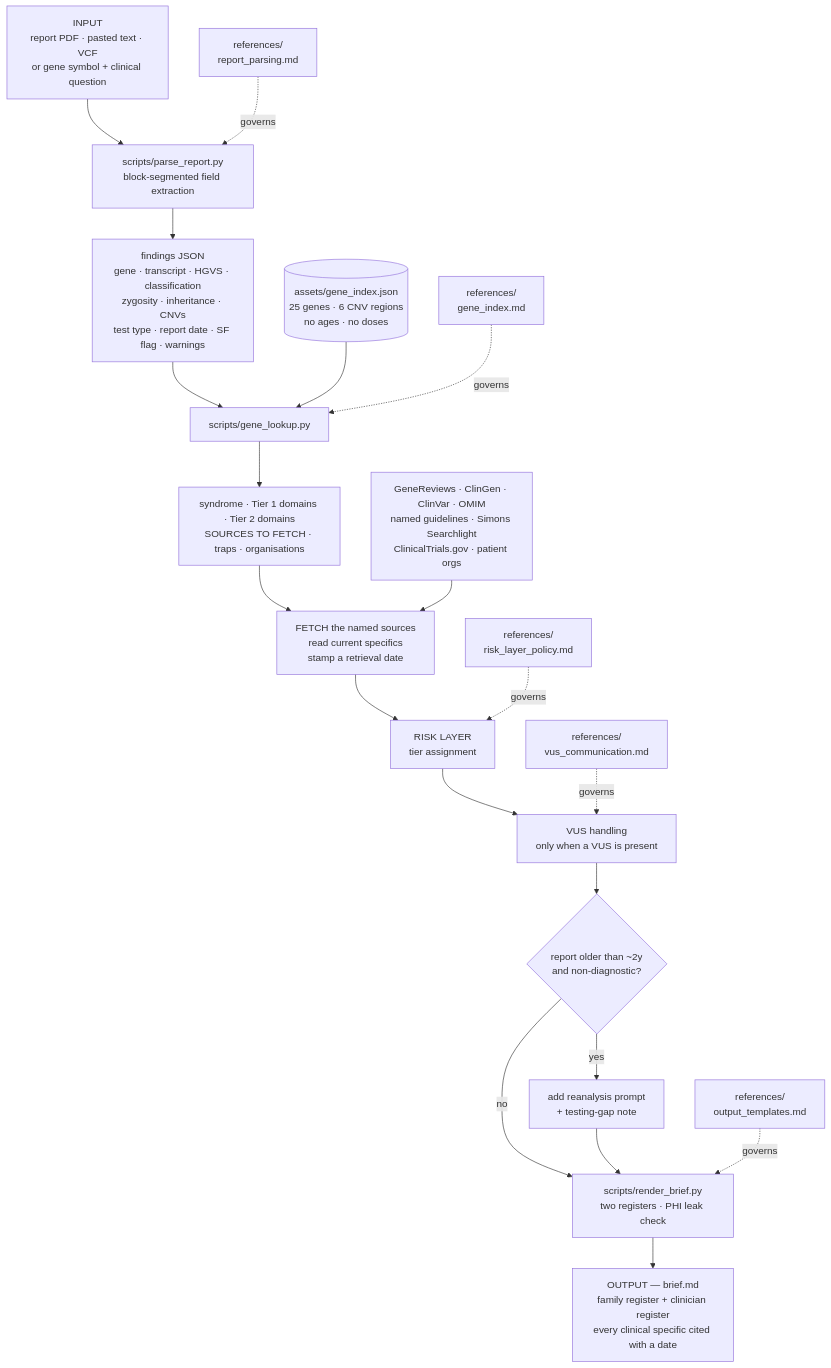
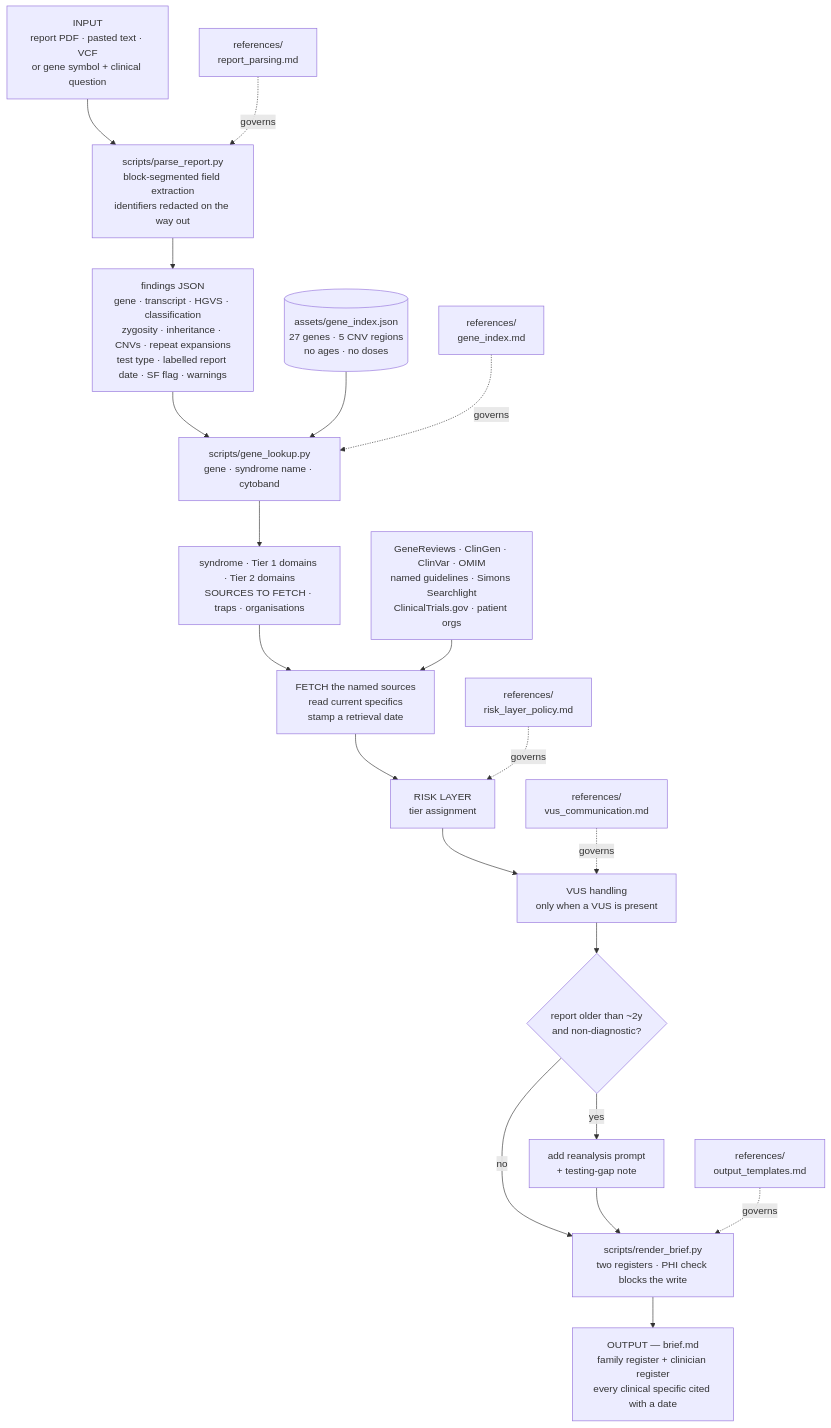
One commit to Domikohlh/autism_gtc_agent_skill changed the diagram in README.md. Above: the diagram before and after it, drawn with Mermaid. The commit also changed other lines of this file and 7 other files, not shown here.

Commit message:
Fixed: DOB removal, Classification of pathogenicity. PHI redaction. Repeat expansions for gene, motif, allele sizes, category and methylation instead of no variants detected, and VCF entry. Edited the README.md and SKILL.md also.

````diff
--- a/README.md
+++ b/README.md
@@ -60,30 +59,30 @@
 ```mermaid
 flowchart TD
   IN["INPUT<br/>report PDF · pasted text · VCF<br/>or gene symbol + clinical question"]
   IN --> P1
-  P1["scripts/parse_report.py<br/>block-segmented field extraction"]
+  P1["scripts/parse_report.py<br/>block-segmented field extraction<br/>identifiers redacted on the way out"]
   R1["references/<br/>report_parsing.md"] -. governs .-> P1
-  P1 --> J1["findings JSON<br/>gene · transcript · HGVS · classification<br/>zygosity · inheritance · CNVs<br/>test type · report date · SF flag · warnings"]
+  P1 --> J1["findings JSON<br/>gene · transcript · HGVS · classification<br/>zygosity · inheritance · CNVs · repeat expansions<br/>test type · labelled report date · SF flag · warnings"]
   J1 --> P2
-  P2["scripts/gene_lookup.py"]
-  D1[("assets/gene_index.json<br/>25 genes · 6 CNV regions<br/>no ages · no doses")] --> P2
+  P2["scripts/gene_lookup.py<br/>gene · syndrome name · cytoband"]
+  D1[("assets/gene_index.json<br/>27 genes · 5 CNV regions<br/>no ages · no doses")] --> P2
   R2["references/<br/>gene_index.md"] -. governs .-> P2
   P2 --> J2["syndrome · Tier 1 domains · Tier 2 domains<br/>SOURCES TO FETCH · traps · organisations"]
   J2 --> FETCH
   FETCH["FETCH the named sources<br/>read current specifics<br/>stamp a retrieval date"]
   EXT["GeneReviews · ClinGen · ClinVar · OMIM<br/>named guidelines · Simons Searchlight<br/>ClinicalTrials.gov · patient orgs"] --> FETCH
   FETCH --> RISK
   RISK["RISK LAYER<br/>tier assignment"]
   R3["references/<br/>risk_layer_policy.md"] -. governs .-> RISK
   RISK --> VUS
   VUS["VUS handling<br/>only when a VUS is present"]
   R4["references/<br/>vus_communication.md"] -. governs .-> VUS
   VUS --> STALE
   STALE{"report older than ~2y<br/>and non-diagnostic?"}
   STALE -- yes --> RE["add reanalysis prompt<br/>+ testing-gap note"]
   STALE -- no --> P3
   RE --> P3
-  P3["scripts/render_brief.py<br/>two registers · PHI leak check"]
+  P3["scripts/render_brief.py<br/>two registers · PHI check blocks the write"]
   R5["references/<br/>output_templates.md"] -. governs .-> P3
   P3 --> OUT["OUTPUT — brief.md<br/>family register + clinician register<br/>every clinical specific cited with a date"]
 ```
````
